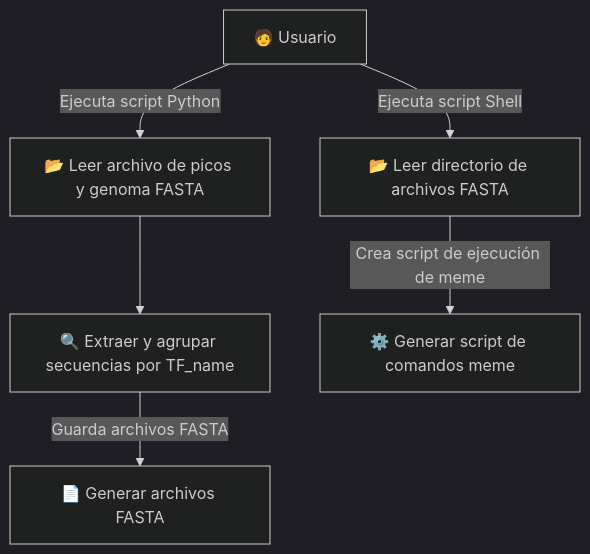
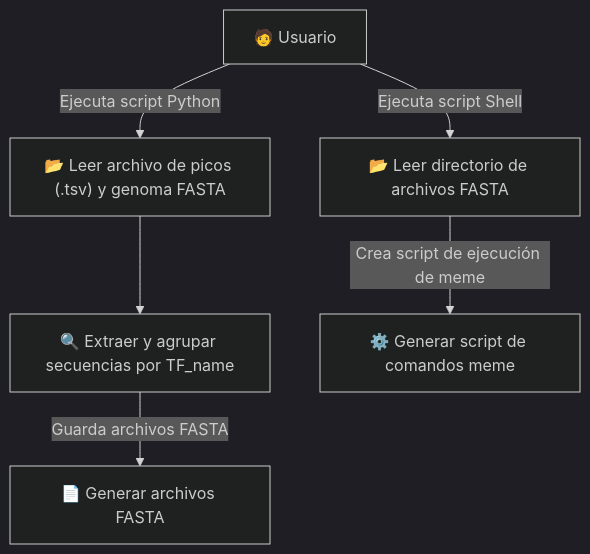
One commit to Hectorjlo/peak_analysis changed the diagram in doc/detalles_proyecto.md. Above: the diagram before and after it, drawn with Mermaid (dark theme). The commit also changed other lines of this file, not shown here.

````diff
--- a/doc/detalles_proyecto.md
+++ b/doc/detalles_proyecto.md
@@ -240,12 +212,12 @@
 ```mermaid
 %% Diagrama de Casos de Uso en Mermaid
 %% Representa la interacción del usuario con el sistema de extracción y creación de FASTA
 
 graph TD
-  usuario["🧑 Usuario"] -->|Ejecuta script Python| UC1["📂 Leer archivo de picos y genoma FASTA"]
+  usuario["🧑 Usuario"] -->|Ejecuta script Python| UC1["📂 Leer archivo de picos (.tsv) y genoma FASTA"]
   UC1 --> UC2["🔍 Extraer y agrupar secuencias por TF_name"]
   UC2 -->|Guarda archivos FASTA| UC3["📄 Generar archivos FASTA"]
   
   usuario -->|Ejecuta script Shell| UC4["📂 Leer directorio de archivos FASTA"]
   UC4 -->|Crea script de ejecución de meme| UC5["⚙️ Generar script de comandos meme"]
 ```
````
